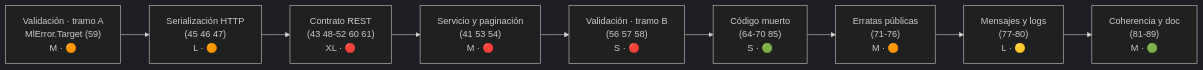
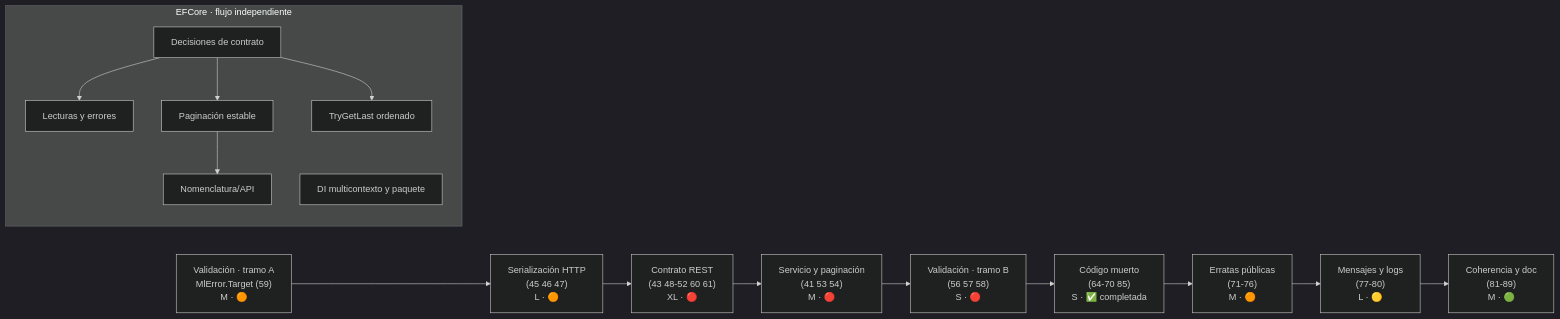
The diagram in src/docs_next/Next_Versions/2.0.0/Pendientes/README.md (moraleslarios/FOOP), drawn with Mermaid (dark theme) before and after one commit. The commit also changed other lines of this file and 93 other files, not shown here.

````diff
--- a/src/docs_next/Next_Versions/2.0.0/Pendientes/README.md
+++ b/src/docs_next/Next_Versions/2.0.0/Pendientes/README.md
@@ -70,11 +83,18 @@
 ```mermaid
 graph LR
     V1["Validación · tramo A<br/>MlError.Target (59)<br/>M · 🟠"] --> H["Serialización HTTP<br/>(45 46 47)<br/>L · 🟠"]
     H  --> R["Contrato REST<br/>(43 48-52 60 61)<br/>XL · 🔴"]
     R  --> A["Servicio y paginación<br/>(41 53 54)<br/>M · 🔴"]
     A  --> V2["Validación · tramo B<br/>(56 57 58)<br/>S · 🔴"]
-    V2 --> DM["Código muerto<br/>(64-70 85)<br/>S · 🟢"]
+    V2 --> DM["Código muerto<br/>(64-70 85)<br/>S · ✅ completada"]
     DM --> ER["Erratas públicas<br/>(71-76)<br/>M · 🟠"]
     ER --> MS["Mensajes y logs<br/>(77-80)<br/>L · 🟡"]
     MS --> CO["Coherencia y doc<br/>(81-89)<br/>M · 🟢"]
+    subgraph EFCore["EFCore · flujo independiente"]
+        F0["Decisiones de contrato"] --> F1["Lecturas y errores"]
+        F0 --> F2["Paginación estable"]
+        F0 --> F3["TryGetLast ordenado"]
+        F2 --> F4["Nomenclatura/API"]
+        F5["DI multicontexto y paquete"]
+    end
 ```
````
